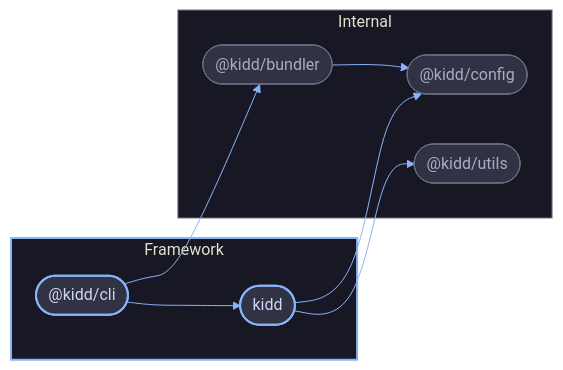
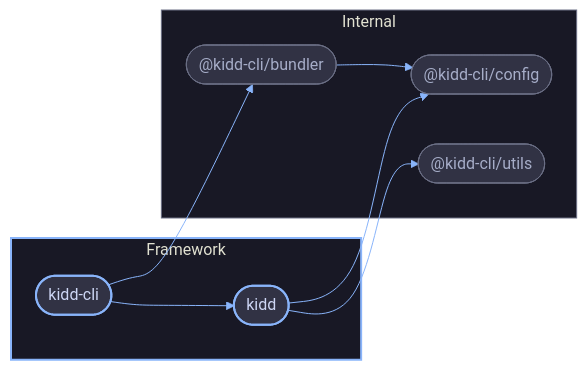
One commit to joggrdocs/kidd changed the diagram in docs/README.md. Above: the diagram before and after it, drawn with Mermaid. The commit also changed other lines of this file and 73 other files, not shown here.

````diff
--- a/docs/README.md
+++ b/docs/README.md
@@ -7,44 +7,44 @@
 ```mermaid
 %%{init: {
   'theme': 'base',
   'themeVariables': {
     'primaryColor': '#313244',
     'primaryTextColor': '#cdd6f4',
     'primaryBorderColor': '#6c7086',
     'lineColor': '#89b4fa',
     'secondaryColor': '#45475a',
     'tertiaryColor': '#1e1e2e',
     'background': '#1e1e2e',
     'mainBkg': '#313244',
     'clusterBkg': '#1e1e2e',
     'clusterBorder': '#45475a'
   },
   'flowchart': { 'curve': 'basis', 'padding': 15 }
 }}%%
 flowchart LR
     subgraph framework["Framework"]
         K(["kidd"])
-        CLI(["@kidd/cli"])
+        CLI(["kidd-cli"])
     end
 
     subgraph internal["Internal"]
-        CFG(["@kidd/config"])
-        UTL(["@kidd/utils"])
-        BDL(["@kidd/bundler"])
+        CFG(["@kidd-cli/config"])
+        UTL(["@kidd-cli/utils"])
+        BDL(["@kidd-cli/bundler"])
     end
 
     CLI --> K
     CLI --> BDL
     K --> CFG
     K --> UTL
     BDL --> CFG
 
     classDef core fill:#313244,stroke:#89b4fa,stroke-width:2px,color:#cdd6f4
     classDef int fill:#313244,stroke:#6c7086,stroke-width:1px,color:#a6adc8
 
     class K,CLI core
     class CFG,UTL,BDL int
 
     style framework fill:#181825,stroke:#89b4fa,stroke-width:2px
     style internal fill:#181825,stroke:#6c7086,stroke-width:1px
 ```
````
